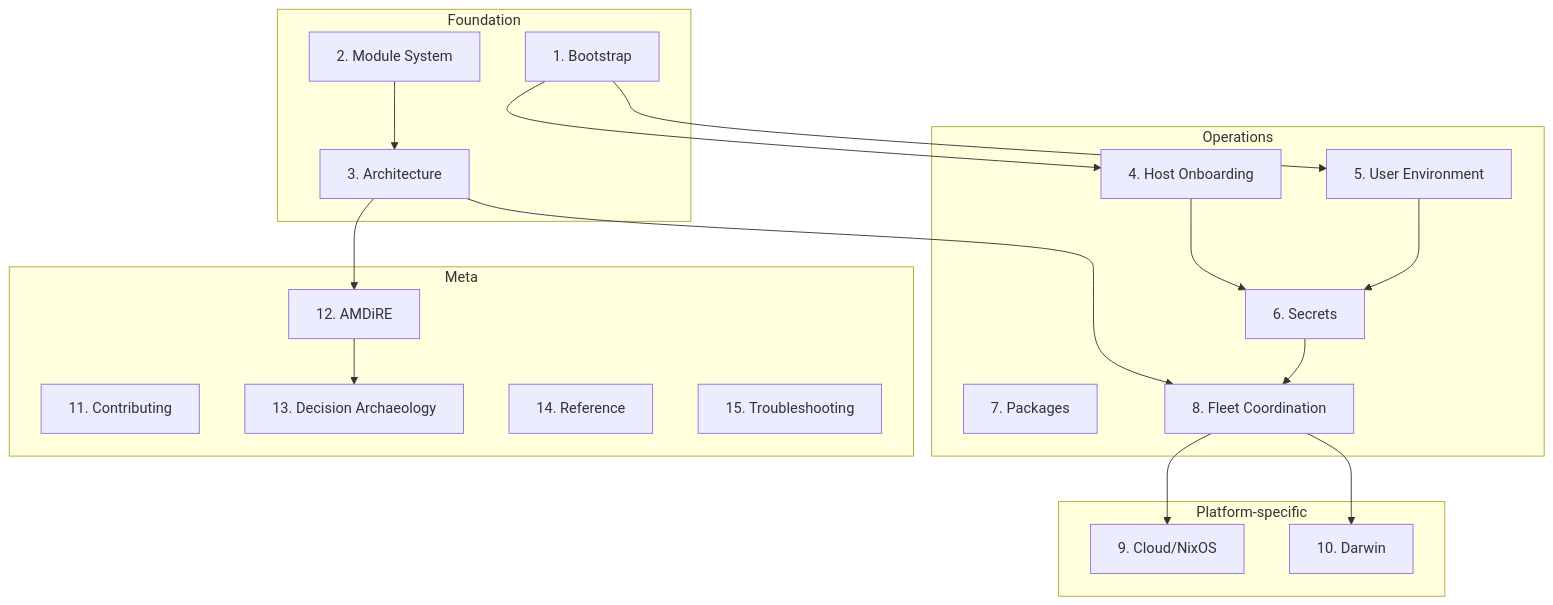
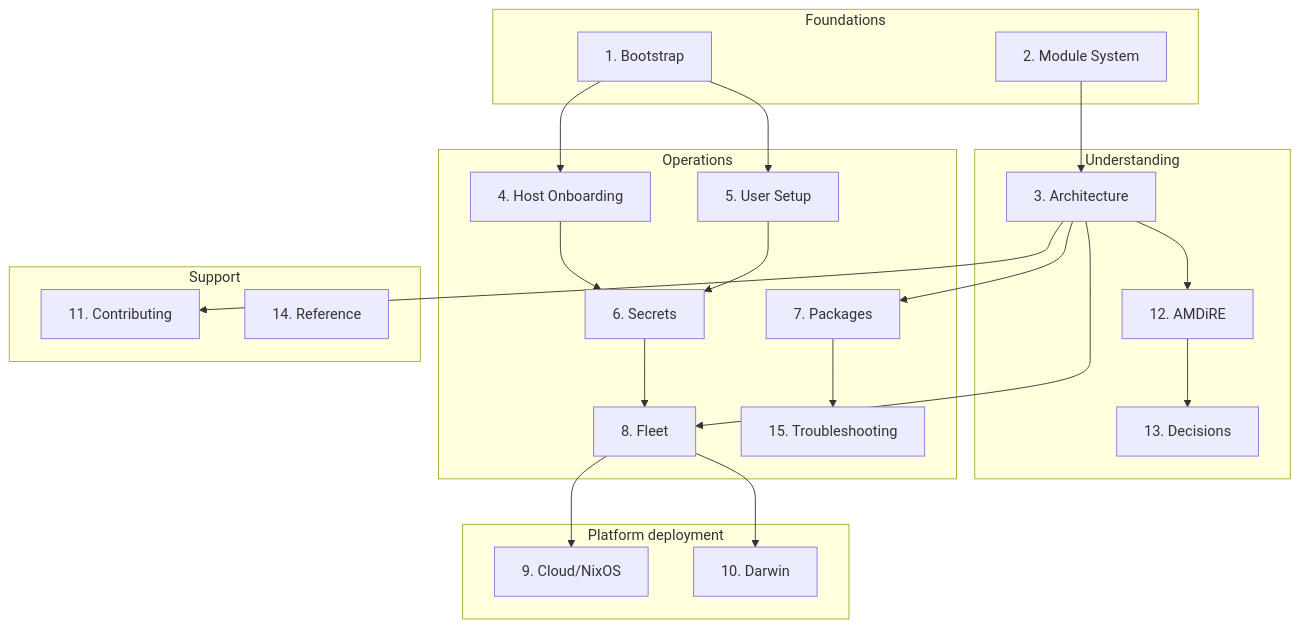
Before and after one commit to cameronraysmith/vanixiets: the first of 2 diagrams in packages/docs/src/content/docs/guides/learning-paths.md, drawn with Mermaid. The commit also changed other lines of this file, not shown here.

Commit message:
docs(guides): refactor learning paths overview diagram
Restructure diagram for better clarity:
- Rename "Meta" to "Understanding" and "Support" subgraphs
- Move Architecture from Foundations to Understanding (not entry point)
- Add missing connections: Architecture→Packages, Architecture→Contributing,
  Packages→Troubleshooting
- Reference intentionally disconnected as standalone lookup resource
- Update explanatory text to describe two-track structure (operational vs
  conceptual)

````diff
--- a/packages/docs/src/content/docs/guides/learning-paths.md
+++ b/packages/docs/src/content/docs/guides/learning-paths.md
@@ -21,41 +21,54 @@
 ```mermaid
 flowchart TB
-    subgraph foundation["Foundation"]
+    subgraph foundations["Foundations"]
         p1["1. Bootstrap"]
         p2["2. Module System"]
+    end
+
+    subgraph understanding["Understanding"]
         p3["3. Architecture"]
+        p12["12. AMDiRE"]
+        p13["13. Decisions"]
     end
 
     subgraph operations["Operations"]
         p4["4. Host Onboarding"]
-        p5["5. User Environment"]
+        p5["5. User Setup"]
         p6["6. Secrets"]
         p7["7. Packages"]
-        p8["8. Fleet Coordination"]
+        p8["8. Fleet"]
+        p15["15. Troubleshooting"]
     end
 
-    subgraph platforms["Platform-specific"]
+    subgraph deployment["Platform deployment"]
         p9["9. Cloud/NixOS"]
         p10["10. Darwin"]
     end
 
-    subgraph meta["Meta"]
+    subgraph support["Support"]
         p11["11. Contributing"]
-        p12["12. AMDiRE"]
-        p13["13. Decision Archaeology"]
         p14["14. Reference"]
-        p15["15. Troubleshooting"]
     end
 
+    %% Conceptual track
+    p2 --> p3
+    p3 --> p12
+    p12 --> p13
+
+    %% Operational track
     p1 --> p4
     p1 --> p5
-    p2 --> p3
-    p3 --> p8
     p4 --> p6
     p5 --> p6
     p6 --> p8
+
+    %% To deployment
     p8 --> p9
     p8 --> p10
-    p3 --> p12
-    p12 --> p13
+
+    %% Cross-domain connections
+    p3 --> p8
+    p3 --> p7
+    p3 --> p11
+    p7 --> p15
 ```
````
